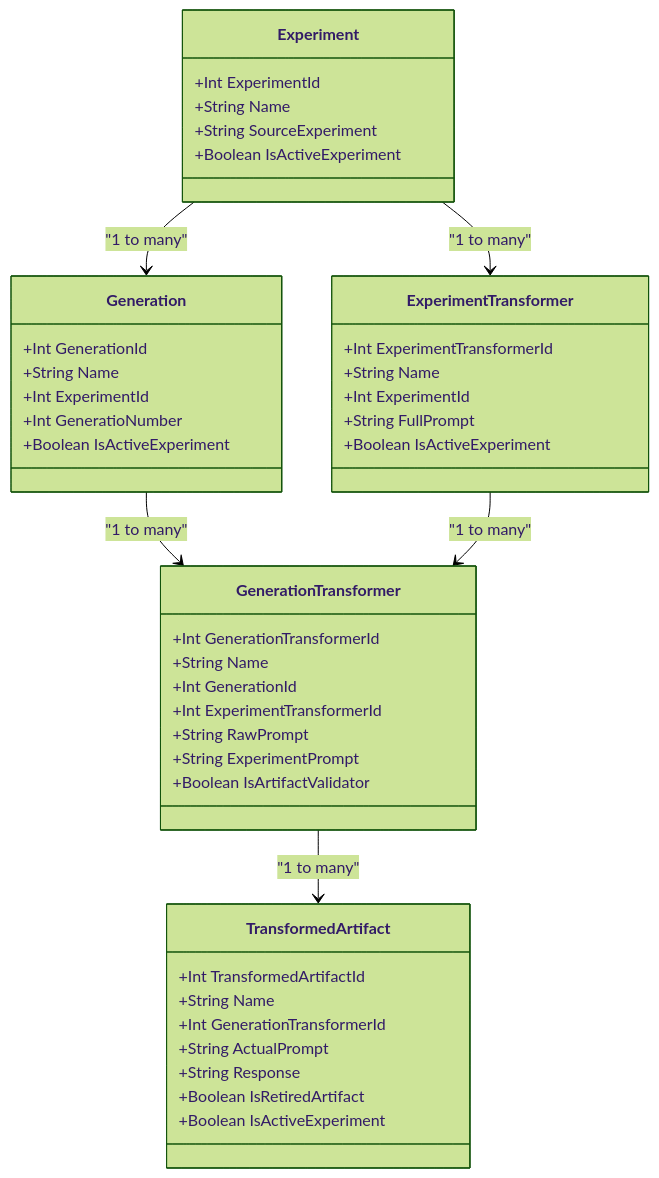
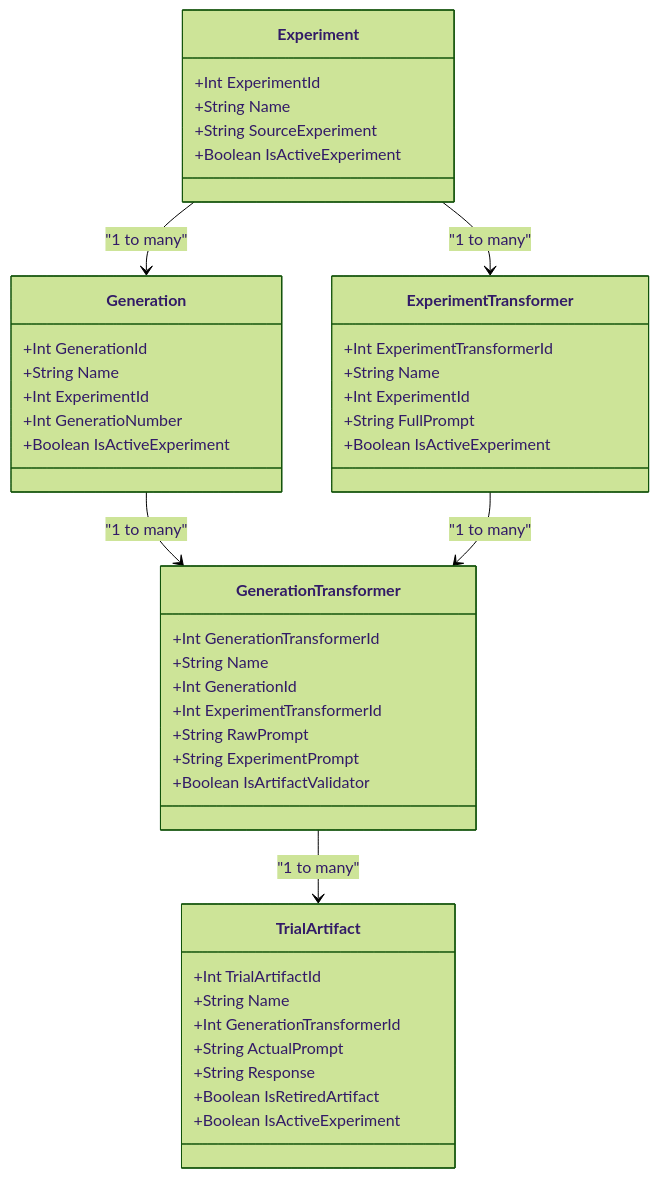
One commit to eejai42/syntax-free-vs-locked changed the third of 4 diagrams in README.md. Above: the diagram before and after it, drawn with Mermaid (forest theme). The commit also changed other lines of this file and 47 other files, not shown here.

Commit message:
Renamed TransformedArtifacts to TrialArtifacts - and updated all of the other terms to match the new names.  Next - we can add a whole trial worth of data.

````diff
--- a/README.md
+++ b/README.md
@@ -207,51 +207,51 @@
 ```mermaid
 classDiagram
     Experiment --> Generation : "1 to many"
     Experiment --> ExperimentTransformer : "1 to many"
     Generation --> GenerationTransformer : "1 to many"
     ExperimentTransformer --> GenerationTransformer : "1 to many"
-    GenerationTransformer --> TransformedArtifact : "1 to many"
+    GenerationTransformer --> TrialArtifact : "1 to many"
 
     class Experiment {
         +Int ExperimentId
         +String Name
         +String SourceExperiment
         +Boolean IsActiveExperiment
     }
 
     class Generation {
         +Int GenerationId
         +String Name
         +Int ExperimentId
         +Int GeneratioNumber
         +Boolean IsActiveExperiment
     }
 
     class GenerationTransformer {
         +Int GenerationTransformerId
         +String Name
         +Int GenerationId
         +Int ExperimentTransformerId
         +String RawPrompt
         +String ExperimentPrompt
         +Boolean IsArtifactValidator
     }
 
     class ExperimentTransformer {
         +Int ExperimentTransformerId
         +String Name
         +Int ExperimentId
         +String FullPrompt
         +Boolean IsActiveExperiment
     }
 
-    class TransformedArtifact {
-        +Int TransformedArtifactId
+    class TrialArtifact {
+        +Int TrialArtifactId
         +String Name
         +Int GenerationTransformerId
         +String ActualPrompt
         +String Response
         +Boolean IsRetiredArtifact
         +Boolean IsActiveExperiment
     }
 ```
````
